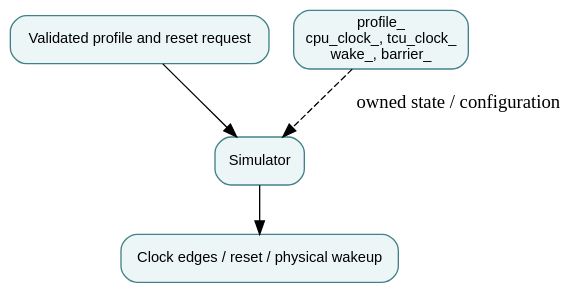
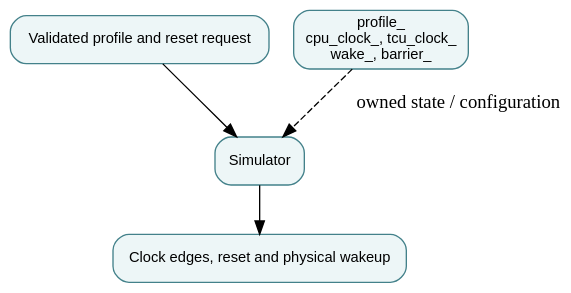
The diagram in docs/modules/platform-and-clock-adapter.md (qsbit-org/qsbit-sim), drawn with Graphviz before and after one commit. The commit also changed other lines of this file and 31 other files, not shown here.

````diff
--- a/docs/modules/platform-and-clock-adapter.md
+++ b/docs/modules/platform-and-clock-adapter.md
@@ -21,11 +22,11 @@
 ```{graphviz}
 digraph module {
   rankdir=TB; bgcolor="transparent";
   node [shape=box, style="rounded,filled", fillcolor="#edf6f7", color="#43818a", fontname="sans-serif", fontsize=11];
   input [label="Validated profile and reset request"];
   owner [label="Simulator"];
   state [label="profile_\ncpu_clock_, tcu_clock_\nwake_, barrier_"];
-  output [label="Clock edges / reset / physical wakeup"];
+  output [label="Clock edges, reset and physical wakeup"];
   input -> owner; owner -> output; state -> owner [style=dashed, label="owned state / configuration"];
 }
 ```
````
